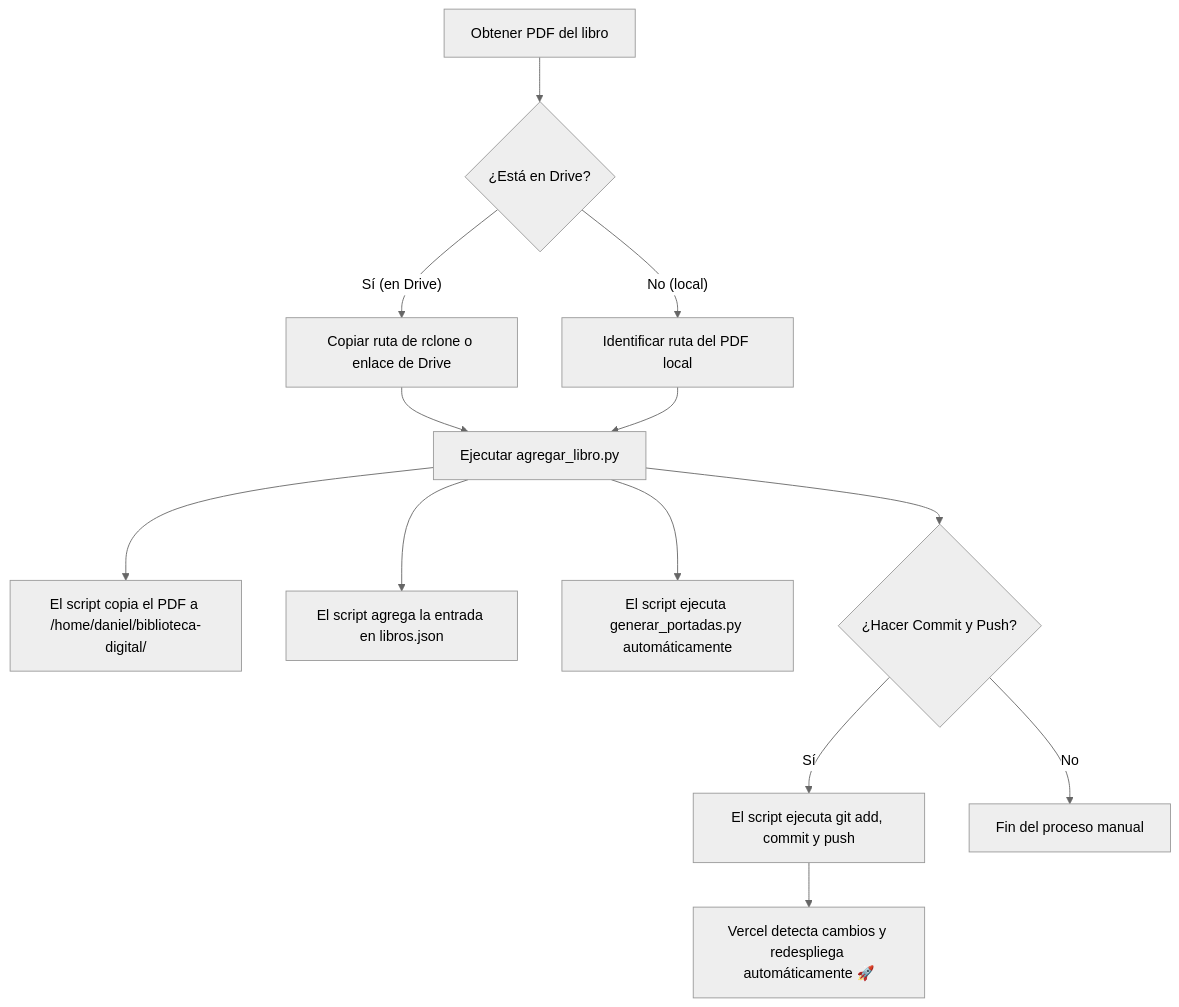
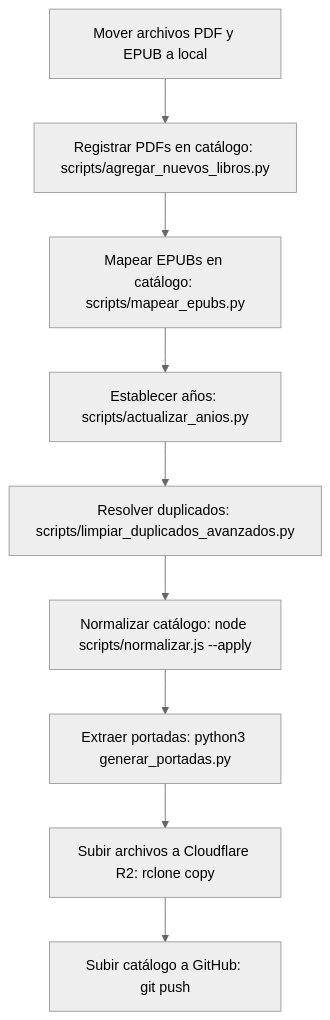
One commit to libros-en-accion/biblioteca-digital changed the diagram in boveda/01 - Guías de Operación/Guía - Agregar Libro.md. Above: the diagram before and after it, drawn with Mermaid (neutral theme). The commit also changed other lines of this file and 2 other files, not shown here.

Commit message:
docs: actualizar notas de Obsidian con flujo de EPUBs y carga masiva de libros

````diff
--- a/boveda/01 - Guías de Operación/Guía - Agregar Libro.md
+++ b/boveda/01 - Guías de Operación/Guía - Agregar Libro.md
@@ -16,15 +25,11 @@
 ```mermaid
 graph TD
-    A[Obtener PDF del libro] --> B{¿Está en Drive?}
-    B -- Sí (en Drive) --> C[Copiar ruta de rclone o enlace de Drive]
-    B -- No (local) --> D[Identificar ruta del PDF local]
-    C --> E[Ejecutar agregar_libro.py]
-    D --> E
-    E --> F[El script copia el PDF a /home/daniel/biblioteca-digital/]
-    E --> G[El script agrega la entrada en libros.json]
-    E --> H[El script ejecuta generar_portadas.py automáticamente]
-    E --> I{¿Hacer Commit y Push?}
-    I -- Sí --> J[El script ejecuta git add, commit y push]
-    I -- No --> K[Fin del proceso manual]
-    J --> L[Vercel detecta cambios y redespliega automáticamente 🚀]
+    A[Mover archivos PDF y EPUB a local] --> B[Registrar PDFs en catálogo: scripts/agregar_nuevos_libros.py]
+    B --> C[Mapear EPUBs en catálogo: scripts/mapear_epubs.py]
+    C --> D[Establecer años: scripts/actualizar_anios.py]
+    D --> E[Resolver duplicados: scripts/limpiar_duplicados_avanzados.py]
+    E --> F[Normalizar catálogo: node scripts/normalizar.js --apply]
+    F --> G[Extraer portadas: python3 generar_portadas.py]
+    G --> H[Subir archivos a Cloudflare R2: rclone copy]
+    H --> I[Subir catálogo a GitHub: git push]
 ```
````
